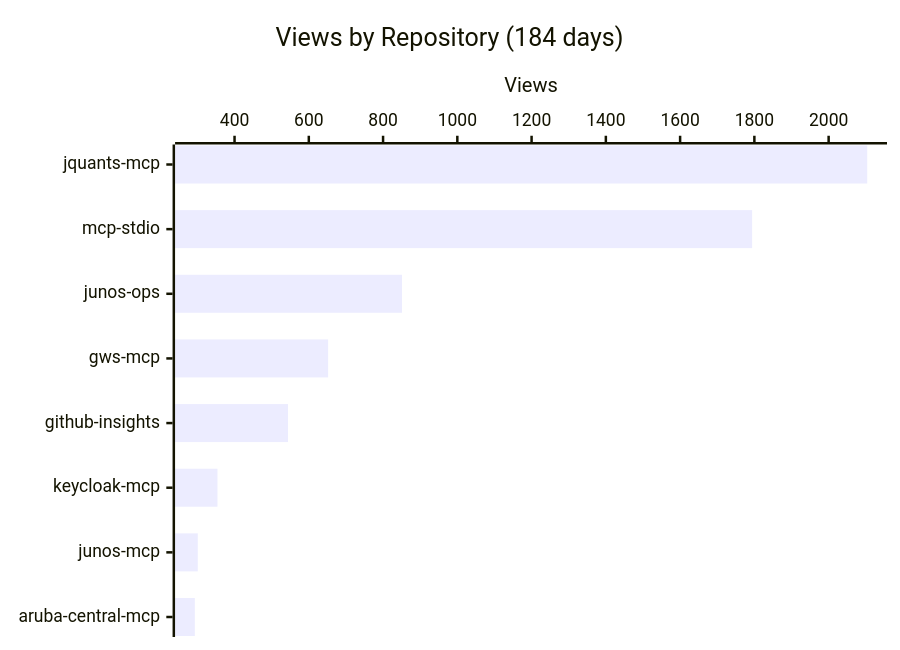
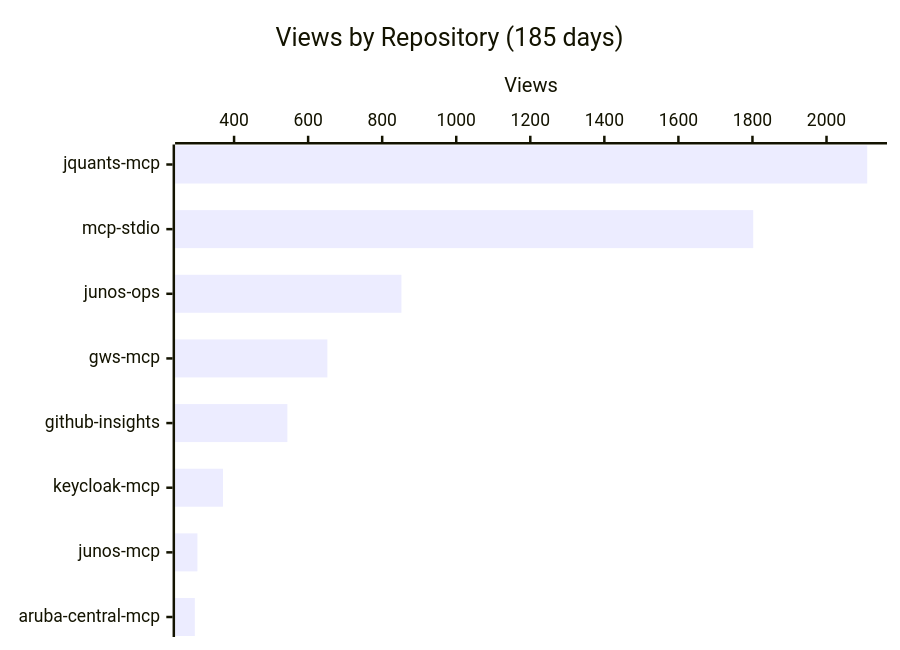
Before and after one commit to shigechika/github-insights: the first of 4 diagrams in README.md, drawn with Mermaid. The commit also changed other lines of this file and 2 other files, not shown here.

````diff
--- a/README.md
+++ b/README.md
@@ -18,7 +18,7 @@
 ```mermaid
 xychart-beta horizontal
-    title "Views by Repository (184 days)"
+    title "Views by Repository (185 days)"
     x-axis ["jquants-mcp", "mcp-stdio", "junos-ops", "gws-mcp", "github-insights", "keycloak-mcp", "junos-mcp", "aruba-central-mcp"]
     y-axis "Views"
-    bar [2104, 1794, 851, 652, 544, 354, 301, 293]
+    bar [2110, 1802, 852, 652, 544, 370, 301, 294]
 ```
````
